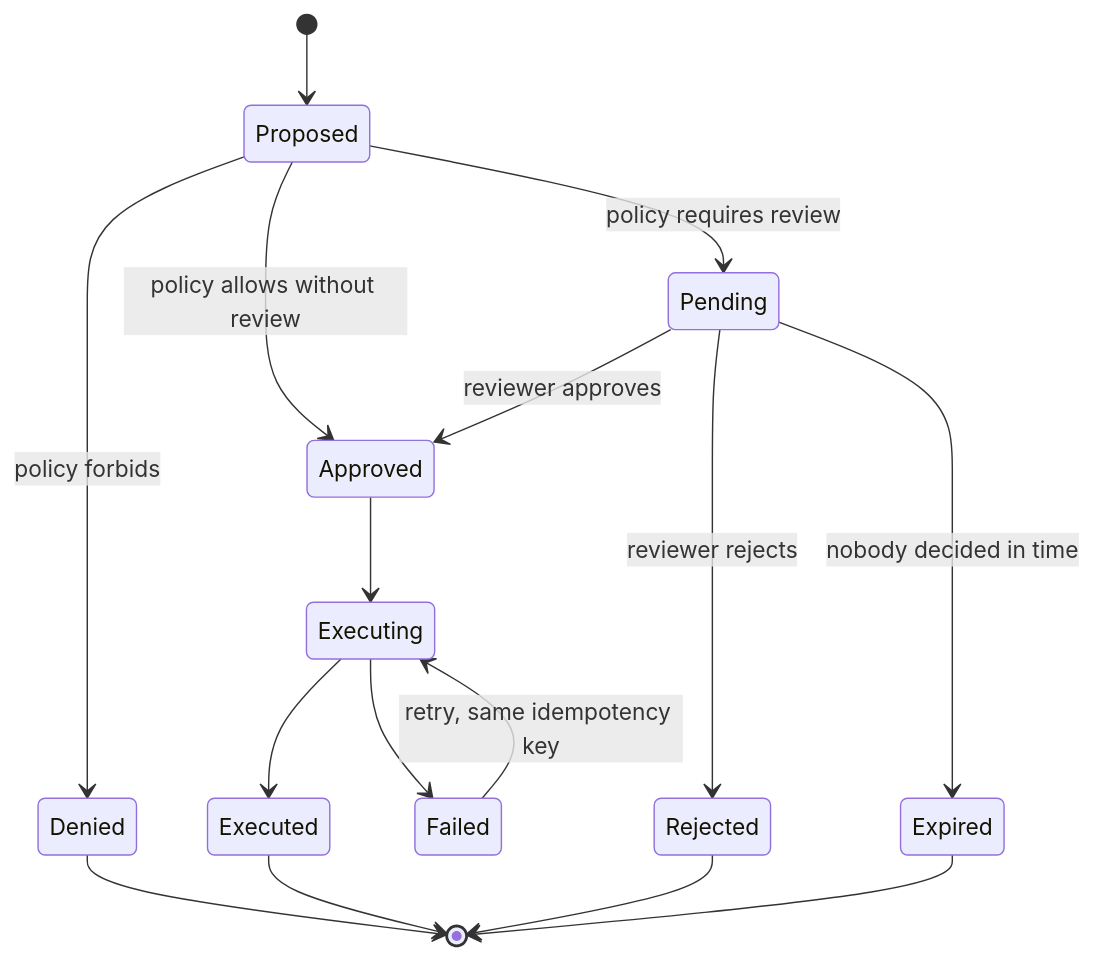
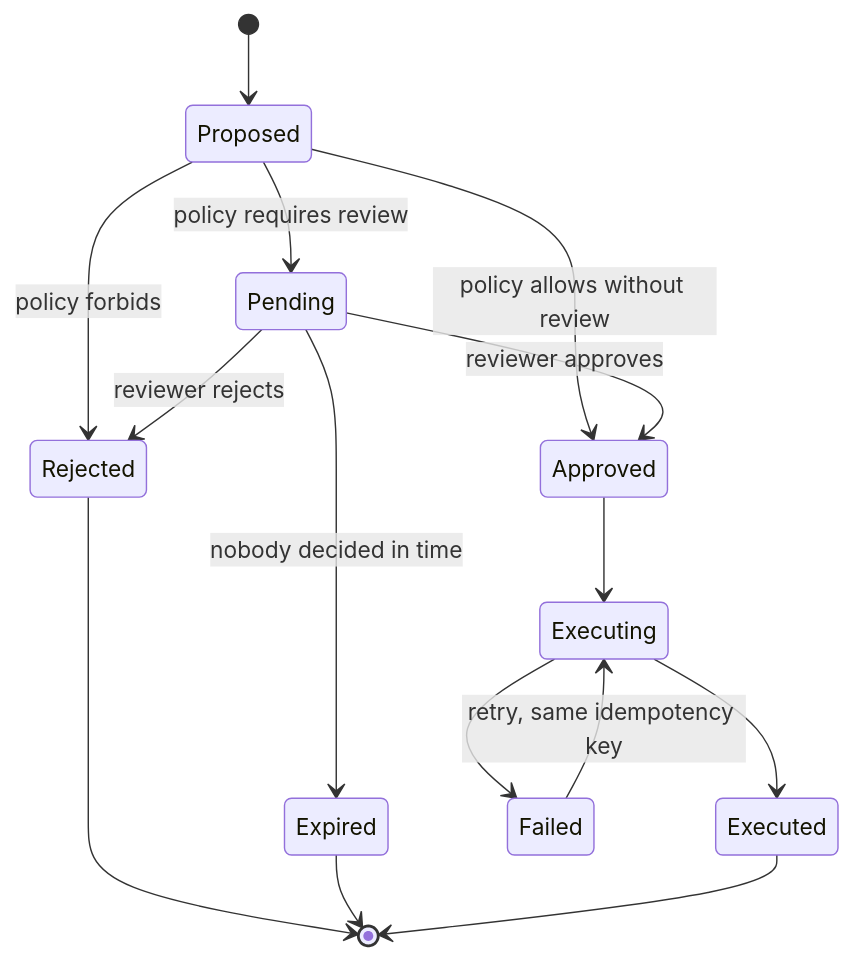
The diagram in notes/02-approval-is-a-state.md (Donovanfitch-dev/governed-agent-systems), drawn with Mermaid before and after one commit. The commit also changed other lines of this file and 1 other file, not shown here.

Commit message:
Tighten technical claims in notes 2 and 3

````diff
--- a/notes/02-approval-is-a-state.md
+++ b/notes/02-approval-is-a-state.md
@@ -21,18 +21,17 @@
 ```mermaid
 stateDiagram-v2
     [*] --> Proposed
-    Proposed --> Denied: policy forbids
+    Proposed --> Rejected: policy forbids
     Proposed --> Approved: policy allows without review
     Proposed --> Pending: policy requires review
     Pending --> Approved: reviewer approves
     Pending --> Rejected: reviewer rejects
     Pending --> Expired: nobody decided in time
     Approved --> Executing
     Executing --> Executed
     Executing --> Failed
     Failed --> Executing: retry, same idempotency key
-    Denied --> [*]
     Rejected --> [*]
     Expired --> [*]
     Executed --> [*]
 ```
````
